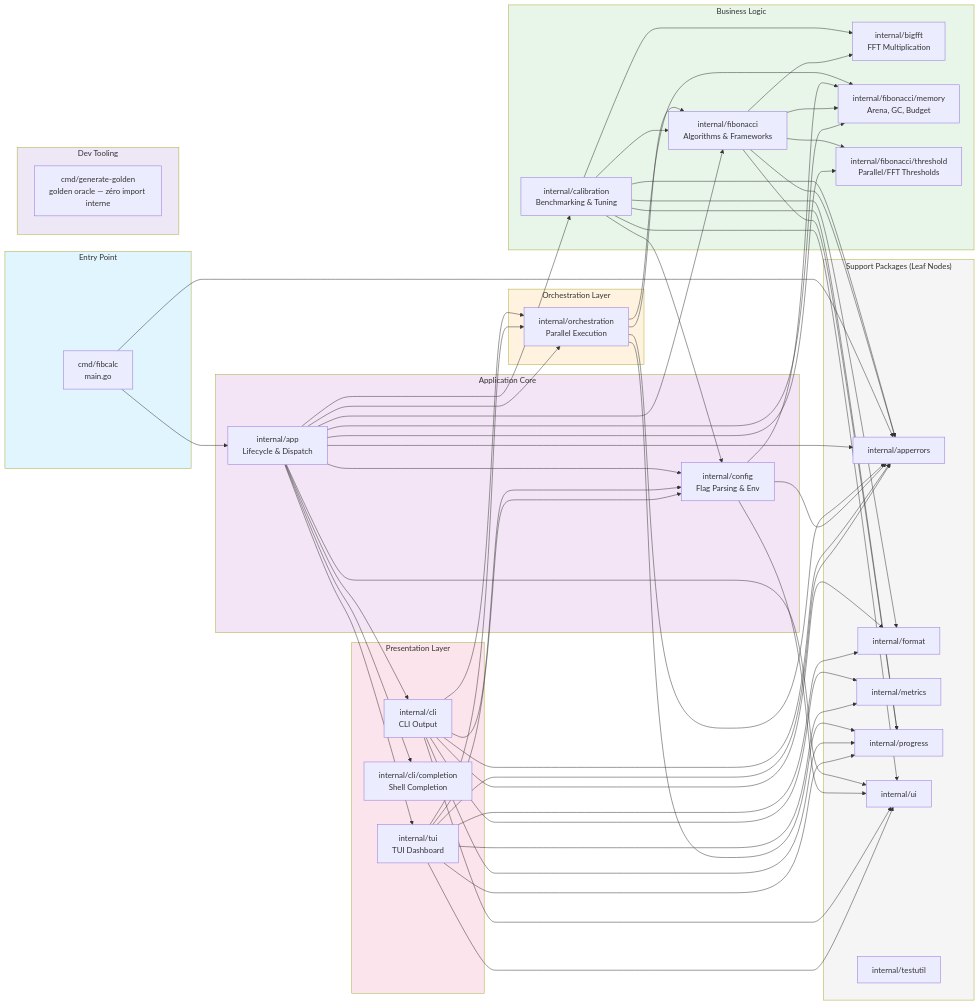
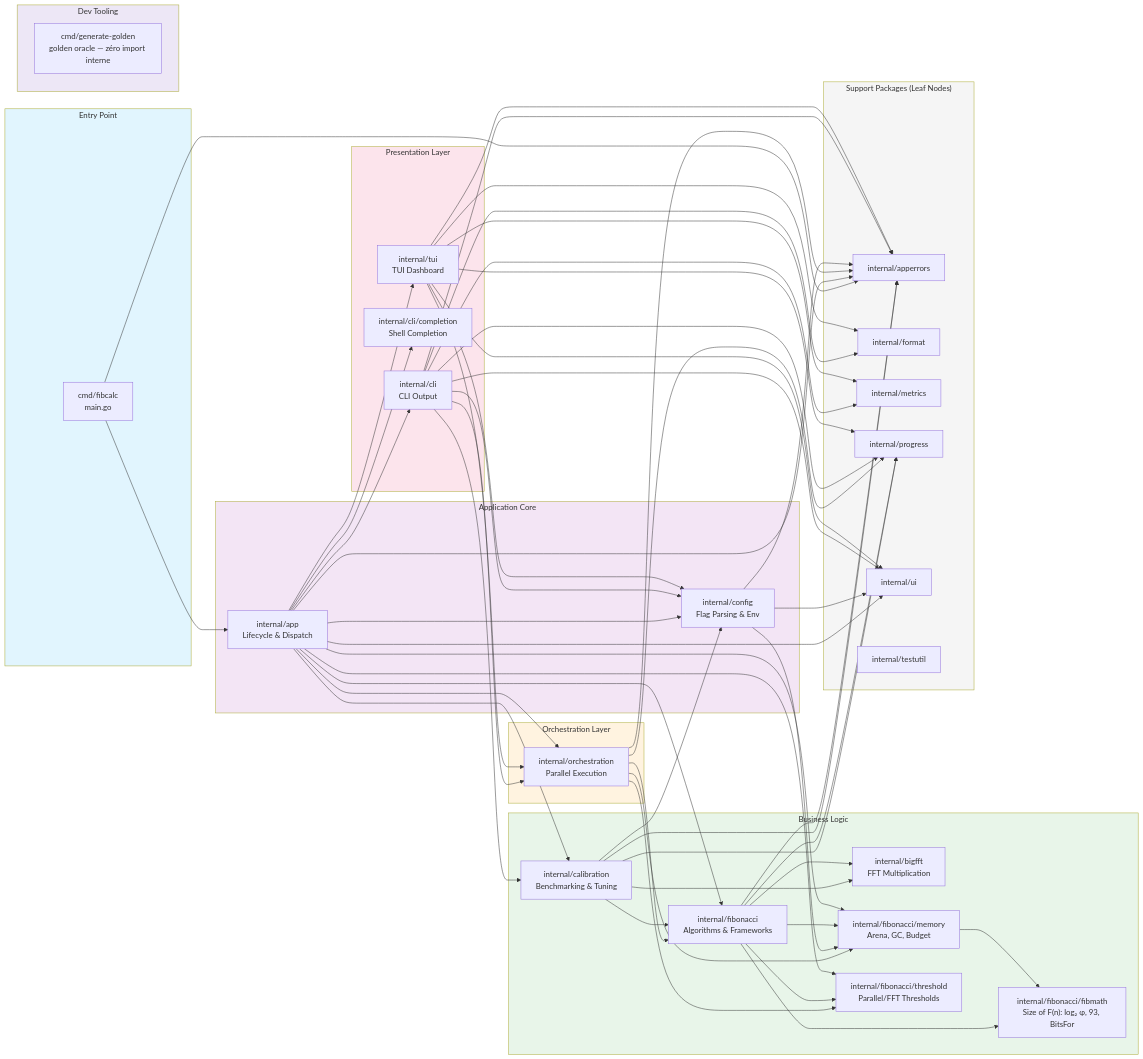
The diagram in docs/architecture/dependency-graph.md (agbruneau/FibGoIng), drawn with Mermaid before and after one commit. The commit also changed other lines of this file and 21 other files, not shown here.

```diff
--- a/docs/architecture/dependency-graph.md
+++ b/docs/architecture/dependency-graph.md
@@ -30,6 +30,7 @@
         calib["internal/calibration<br/>Benchmarking & Tuning"]
         fibmem["internal/fibonacci/memory<br/>Arena, GC, Budget"]
         fibthr["internal/fibonacci/threshold<br/>Parallel/FFT Thresholds"]
+        fibmath["internal/fibonacci/fibmath<br/>Size of F(n): log₂ φ, 93, BitsFor"]
     end
 
     subgraph Presentation["Presentation Layer"]
@@ -39,7 +40,7 @@
     end
 
     subgraph Support["Support Packages (Leaf Nodes)"]
-        errors["internal/apperrors"]
+        apperrors["internal/apperrors"]
         format["internal/format"]
         metrics["internal/metrics"]
         progress["internal/progress"]
@@ -48,51 +49,53 @@
     end
 
     main --> app
-    main --> errors
+    main --> apperrors
     app --> config
     app --> orch
     app --> cli
     app --> tui
     app --> calib
     app --> fib
-    app --> errors
+    app --> apperrors
     app --> ui
 
     orch --> fib
-    orch --> errors
+    orch --> apperrors
     orch --> progress
     orch --> fibmem
+    orch --> fibthr
 
-    config --> errors
+    config --> apperrors
     config --> fibmem
     config --> ui
 
     calib --> fib
     calib --> bigfft
     calib --> config
-    calib --> errors
-    calib --> format
-    calib --> ui
+    calib --> apperrors
     calib --> progress
 
     fib --> bigfft
-    fib --> errors
+    fib --> apperrors
     fib --> progress
     fib --> fibmem
     fib --> fibthr
+    fib --> fibmath
+    fibmem --> fibmath
 
     cli --> format
-    cli --> errors
+    cli --> apperrors
     cli --> metrics
     cli --> ui
     cli --> orch
     cli --> config
     cli --> progress
+    cli --> calib
 
     tui --> format
     tui --> metrics
     tui --> ui
-    tui --> errors
+    tui --> apperrors
     tui --> config
     tui --> orch
     tui --> progress
```
